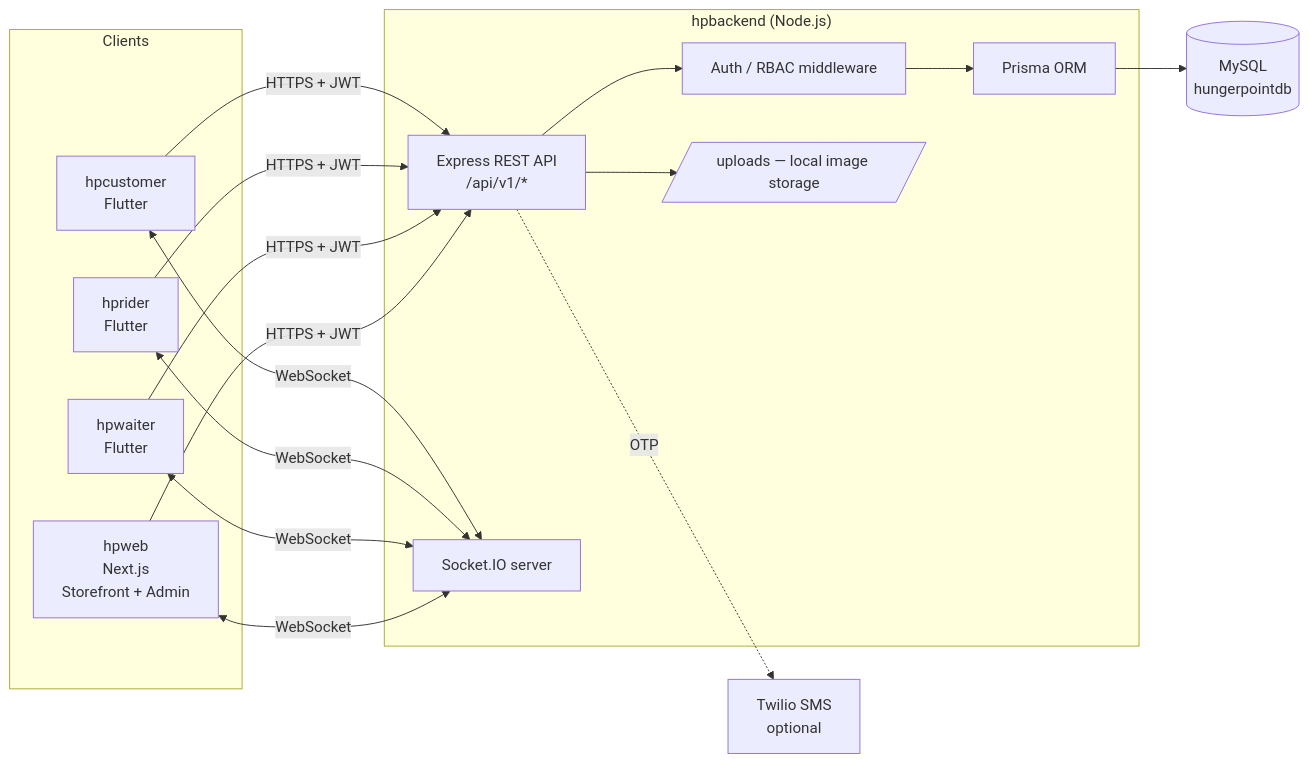
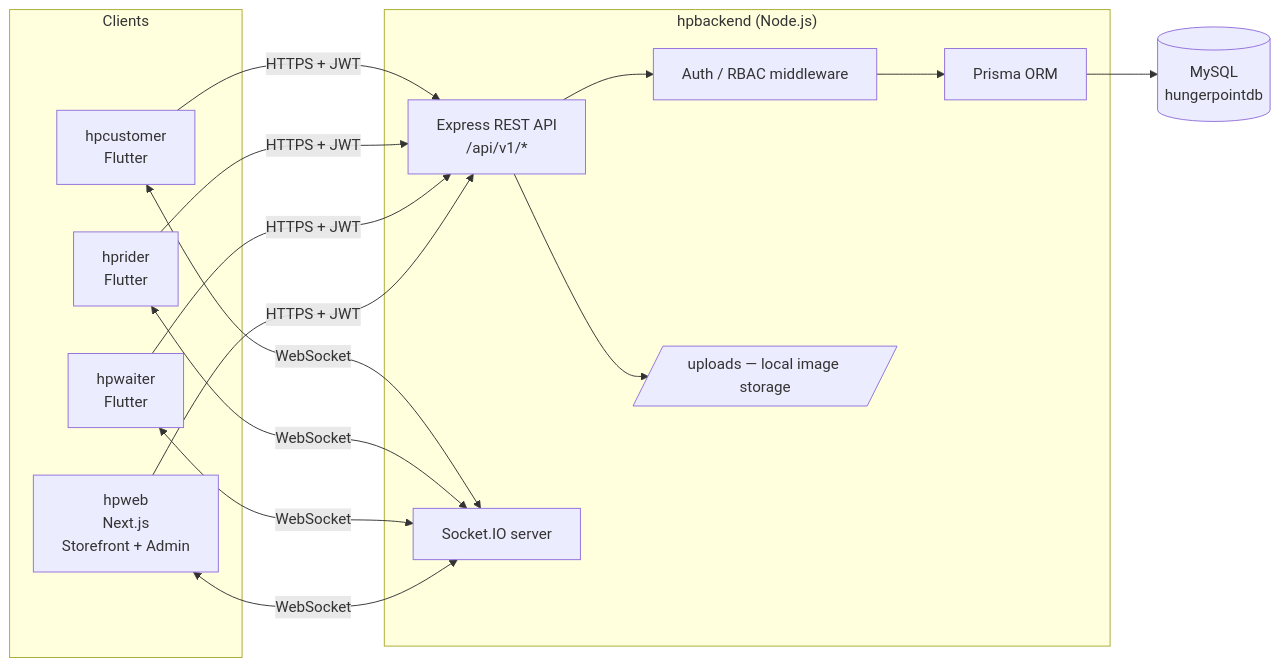
Before and after one commit to zaheerabbasdev/HungerPoint: the first of 3 diagrams in PROJECT_DOCUMENTATION.md, drawn with Mermaid. The commit also changed other lines of this file and 27 other files, not shown here.

````diff
--- a/PROJECT_DOCUMENTATION.md
+++ b/PROJECT_DOCUMENTATION.md
@@ -63,32 +63,30 @@
 ```mermaid
 flowchart LR
     subgraph Clients
         CA[hpcustomer<br/>Flutter]
         RA[hprider<br/>Flutter]
         WA[hpwaiter<br/>Flutter]
         WEB[hpweb<br/>Next.js<br/>Storefront + Admin]
     end
 
     subgraph Backend["hpbackend (Node.js)"]
         API[Express REST API<br/>/api/v1/*]
         SIO[Socket.IO server]
         MW[Auth / RBAC middleware]
         PR[Prisma ORM]
         UP[/uploads — local image storage/]
     end
 
     DB[(MySQL<br/>hungerpointdb)]
-    SMS[Twilio SMS<br/>optional]
 
     CA -- HTTPS + JWT --> API
     RA -- HTTPS + JWT --> API
     WA -- HTTPS + JWT --> API
     WEB -- HTTPS + JWT --> API
     CA <-- WebSocket --> SIO
     RA <-- WebSocket --> SIO
     WA <-- WebSocket --> SIO
     WEB <-- WebSocket --> SIO
     API --> MW --> PR --> DB
     API --> UP
-    API -. OTP .-> SMS
 ```
````
